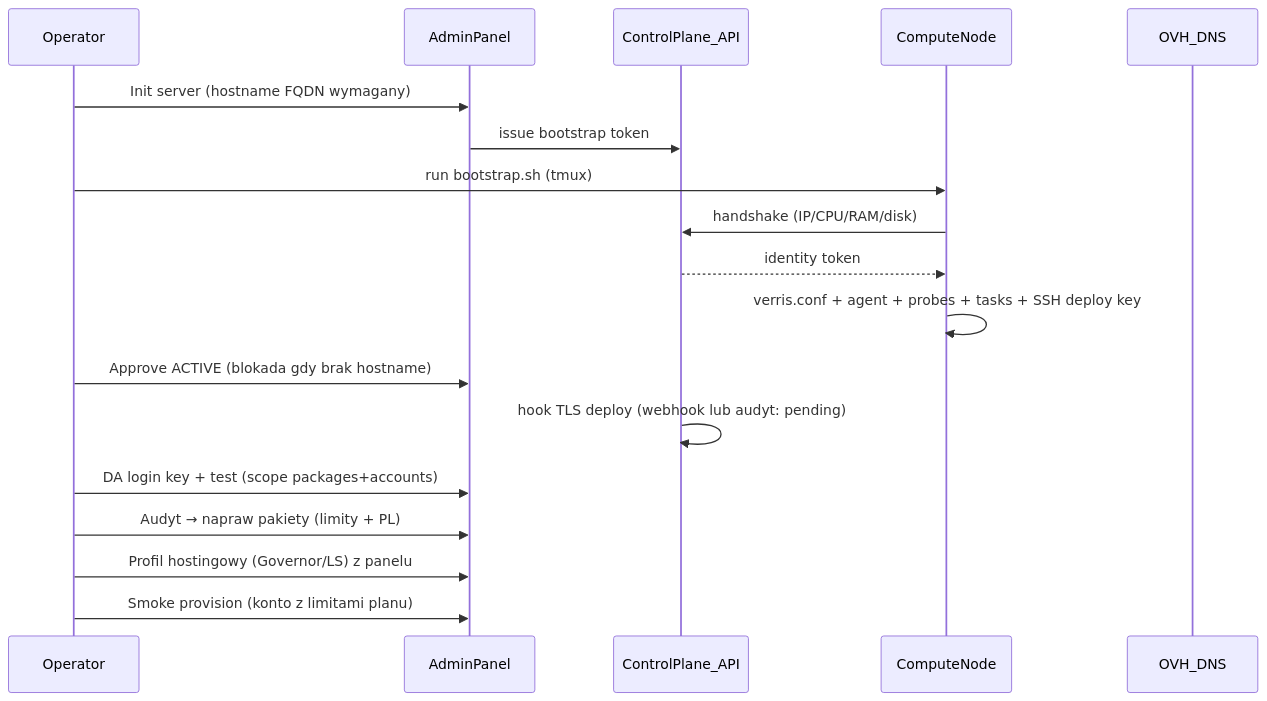
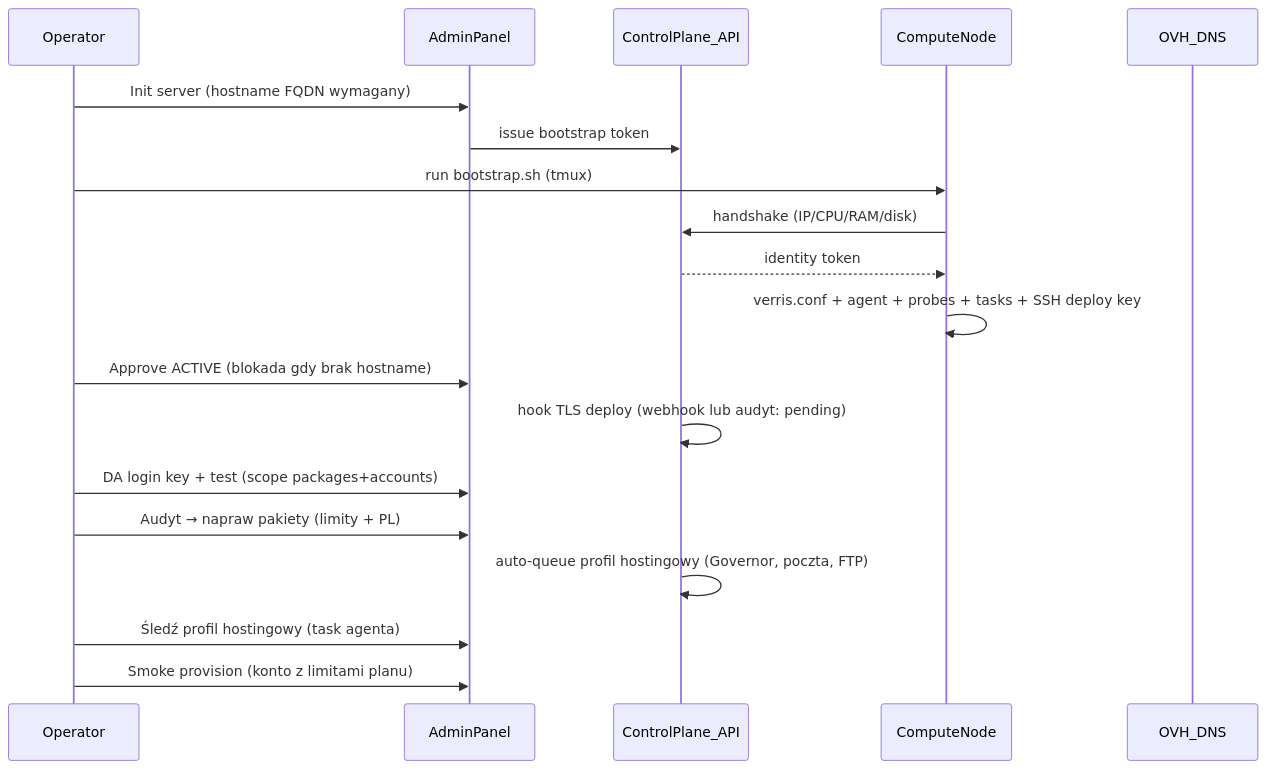
Before and after one commit to dominik-hvln/verris: the diagram in ops/docs/NODE_BOOTSTRAP_V2.md, drawn with Mermaid. The commit also changed other lines of this file and 14 other files, not shown here.

First line of the commit message:
feat(nodes): stack readiness UI and auto-provision mail/FTP/DB on nodes.

````diff
--- a/ops/docs/NODE_BOOTSTRAP_V2.md
+++ b/ops/docs/NODE_BOOTSTRAP_V2.md
@@ -136,21 +137,22 @@
 ```mermaid
 sequenceDiagram
   participant Op as Operator
   participant Admin as AdminPanel
   participant API as ControlPlane_API
   participant Node as ComputeNode
   participant OVH as OVH_DNS
 
   Op->>Admin: Init server (hostname FQDN wymagany)
   Admin->>API: issue bootstrap token
   Op->>Node: run bootstrap.sh (tmux)
   Node->>API: handshake (IP/CPU/RAM/disk)
   API-->>Node: identity token
   Node->>Node: verris.conf + agent + probes + tasks + SSH deploy key
   Op->>Admin: Approve ACTIVE (blokada gdy brak hostname)
   API->>API: hook TLS deploy (webhook lub audyt: pending)
   Op->>Admin: DA login key + test (scope packages+accounts)
   Op->>Admin: Audyt → napraw pakiety (limity + PL)
-  Op->>Admin: Profil hostingowy (Governor/LS) z panelu
+  API->>API: auto-queue profil hostingowy (Governor, poczta, FTP)
+  Op->>Admin: Śledź profil hostingowy (task agenta)
   Op->>Admin: Smoke provision (konto z limitami planu)
 ```
````
